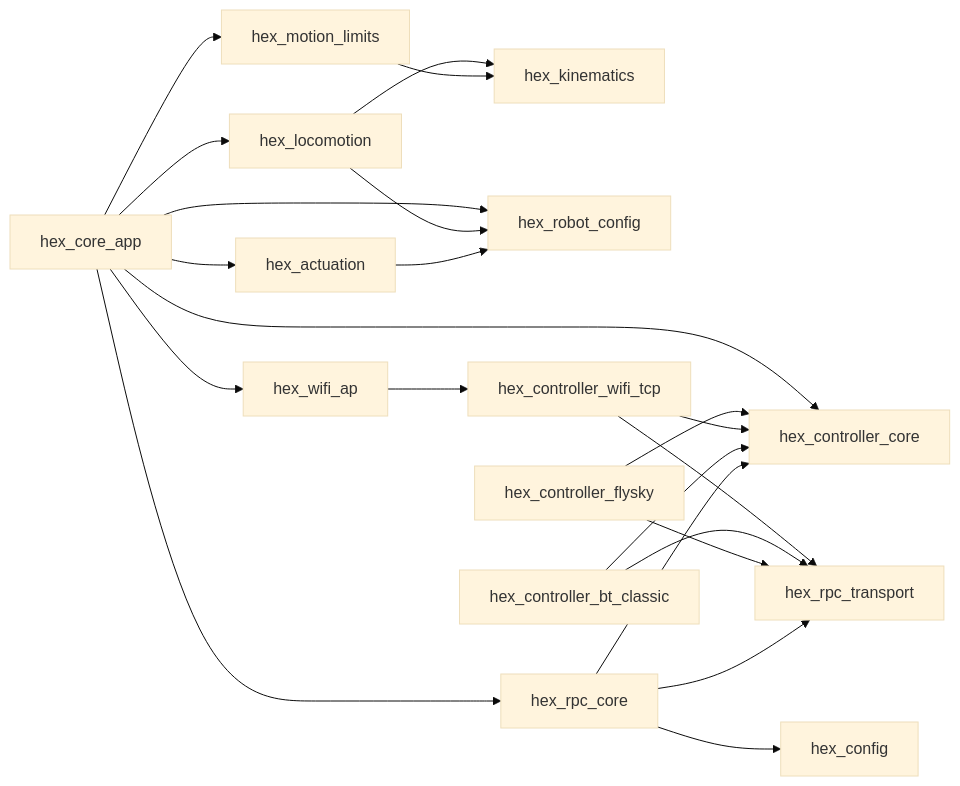
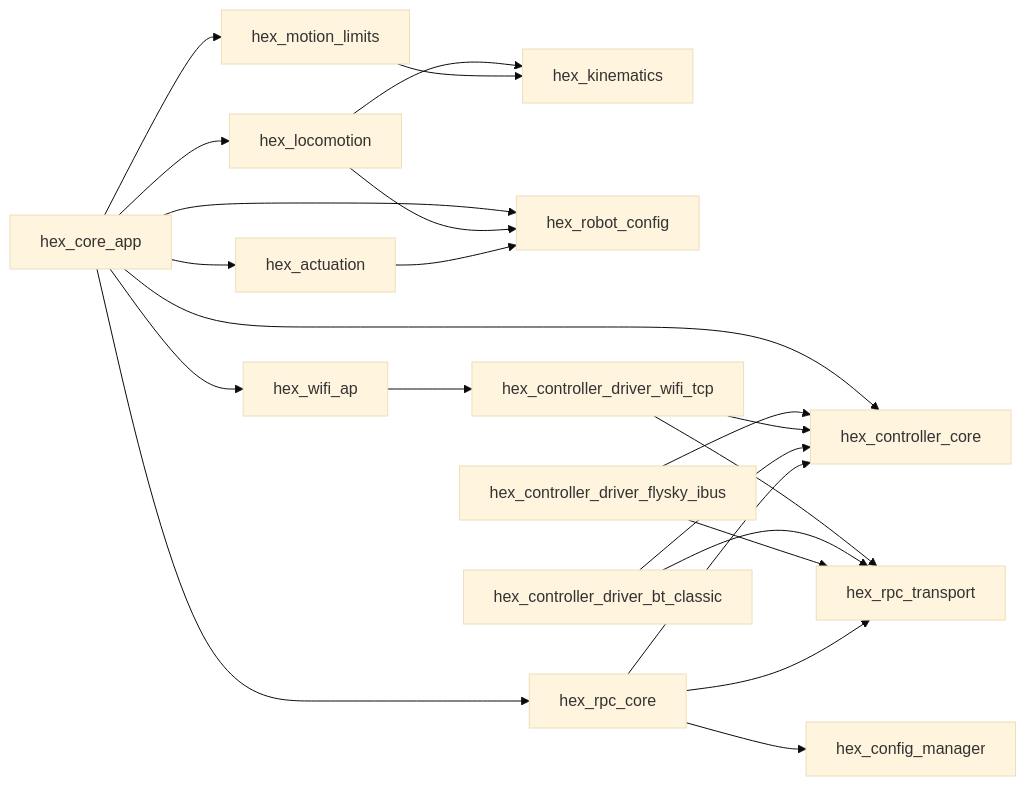
One commit to quick-brown-bot/hexapod changed the fourth of 4 diagrams in COMPONENT_ARCHITECTURE_BASELINE.md. Above: the diagram before and after it, drawn with Mermaid (base theme). The commit also changed other lines of this file and 1 other file, not shown here.

````diff
--- a/COMPONENT_ARCHITECTURE_BASELINE.md
+++ b/COMPONENT_ARCHITECTURE_BASELINE.md
@@ -313,45 +321,45 @@
 ```mermaid
 flowchart LR
 		Core[hex_core_app]
 
 		Loc[hex_locomotion]
 		Kin[hex_kinematics]
 		Lim[hex_motion_limits]
 		Act[hex_actuation]
 		RCfg[hex_robot_config]
 
 		CCore[hex_controller_core]
-		CFly[hex_controller_flysky]
-		CWifi[hex_controller_wifi_tcp]
-		CBt[hex_controller_bt_classic]
+		CFly[hex_controller_driver_flysky_ibus]
+		CWifi[hex_controller_driver_wifi_tcp]
+		CBt[hex_controller_driver_bt_classic]
 		WAP[hex_wifi_ap]
 
 		RpcCore[hex_rpc_core]
 		RpcTx[hex_rpc_transport]
-		Cfg[hex_config]
+		Cfg[hex_config_manager]
 
 		Core --> Loc
 		Core --> Lim
 		Core --> Act
 		Core --> CCore
 		Core --> RpcCore
 		Core --> WAP
 		Core --> RCfg
 
 		Loc --> Kin
 		Loc --> RCfg
 		Lim --> Kin
 		Act --> RCfg
 
 		CFly --> CCore
 		CWifi --> CCore
 		CBt --> CCore
 		CWifi --> RpcTx
 		CBt --> RpcTx
 		CFly --> RpcTx
 		WAP --> CWifi
 
 		RpcCore --> RpcTx
 		RpcCore --> Cfg
 		RpcCore --> CCore
 ```
````
